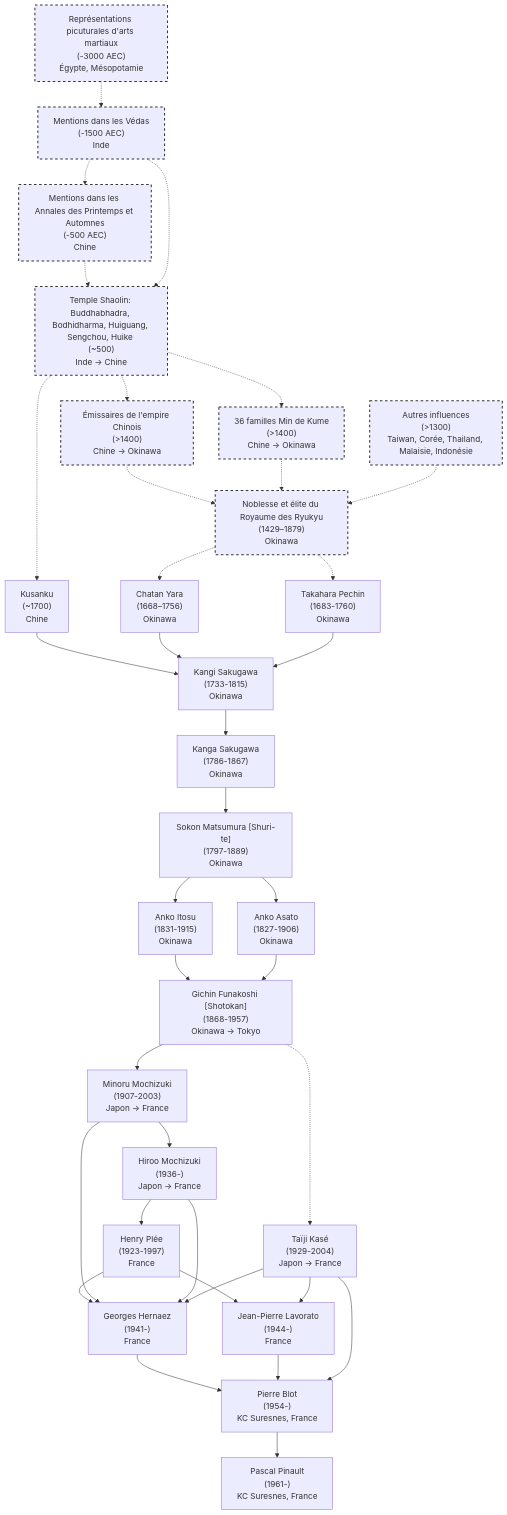
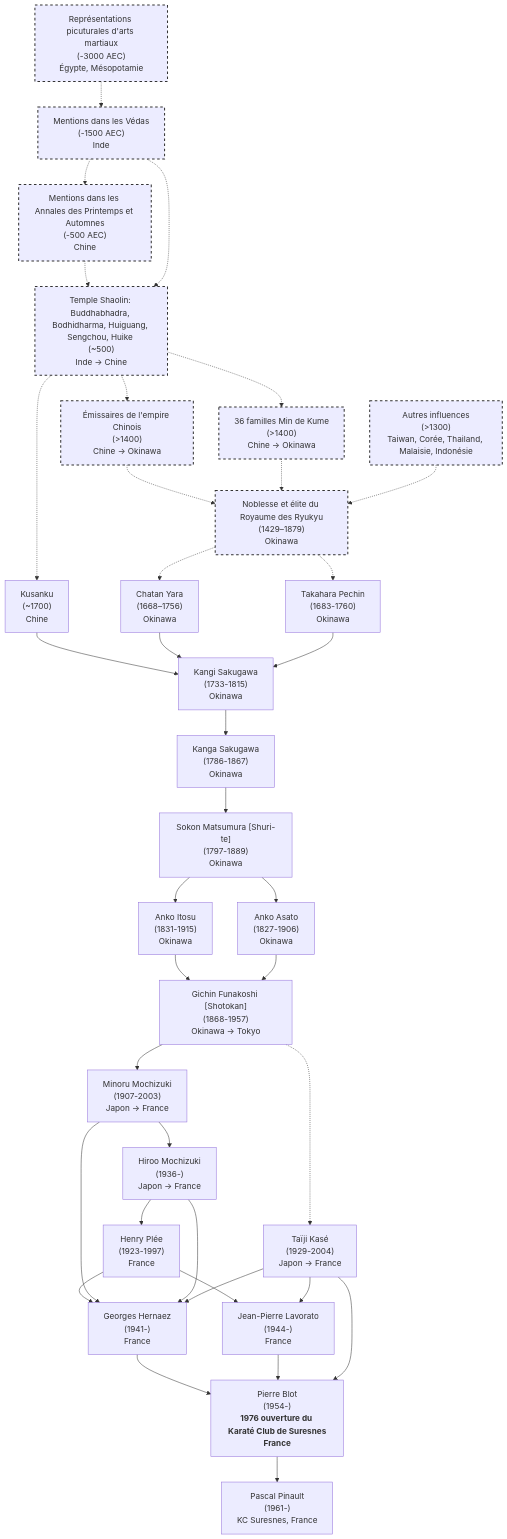
Before and after one commit to NicolasPA/kcsuresnes: the diagram in pages/lignee.md, drawn with Mermaid.

Commit message:
Update description for Pierre Blot in lignee.md

````diff
--- a/pages/lignee.md
+++ b/pages/lignee.md
@@ -3,49 +3,49 @@
 ```mermaid
 graph TD
     A01["Représentations picuturales d'arts martiaux<br/>(-3000 AEC)<br/>Égypte, Mésopotamie"]
     -.-> A02["Mentions dans les Védas<br/>(-1500 AEC)<br/>Inde"]
     -.-> A03["Mentions dans les Annales des Printemps et Automnes<br/>(-500 AEC)<br/>Chine"]
     -.-> A04["Temple Shaolin: Buddhabhadra, Bodhidharma, Huiguang, Sengchou, Huike <br/>(~500)<br/>Inde → Chine"]
     A02 -.-> A04
 
     -.-> A05["36 familles Min de Kume<br/>(>1400)<br/>Chine → Okinawa"]
     A04 -.-> A06["Émissaires de l'empire Chinois<br/>(>1400)<br/>Chine → Okinawa"]
     -.-> A07["Noblesse et élite du Royaume des Ryukyu<br/>(1429–1879)<br/>Okinawa"]
     A05 -.-> A07
     A08["Autres influences<br/>(>1300)<br/>Taiwan, Corée, Thailand, Malaisie, Indonésie"]
     A08 -.-> A07
 
     A04 -.-> A1["Kusanku<br/>(~1700)<br/>Chine"]
     A2["Chatan Yara<br/>(1668–1756)<br/>Okinawa"]
     A07 -.-> A2
     A3["Takahara Pechin<br/>(1683-1760)<br/>Okinawa"]
     A07 -.-> A3
     B1["Kangi Sakugawa<br/>(1733-1815)<br/>Okinawa"]
     A1 --> B1
     A2 --> B1
     A3 --> B1
     --> B2["Kanga Sakugawa<br/>(1786-1867)<br/>Okinawa"]
     --> C["Sokon Matsumura [Shuri-te]<br/>(1797-1889)<br/>Okinawa"]
     --> D["Anko Itosu<br/>(1831-1915)<br/>Okinawa"]
     C --> E["Anko Asato<br/>(1827-1906)<br/>Okinawa"]
     D --> F["Gichin Funakoshi [Shotokan]<br/>(1868-1957)<br/>Okinawa → Tokyo"]
     E --> F
     --> G["Minoru Mochizuki<br/>(1907-2003)<br/>Japon → France"]
     --> H["Hiroo Mochizuki<br/>(1936-)<br/>Japon → France"]
     --> I["Henry Plée<br/>(1923-1997)<br/>France"]
     J["Taïji Kasé<br/>(1929-2004)<br/>Japon → France"]
     F -.-> J
     I --> K["Jean-Pierre Lavorato<br/>(1944-)<br/>France"]
     J --> K
     I --> L["Georges Hernaez<br/>(1941-)<br/>France"]
     G --> L
     H --> L
     J --> L
-    L --> M["Pierre Blot<br/>(1954-)<br/>KC Suresnes, France"]
+    L --> M["Pierre Blot<br/>(1954-)<br/><b>1976 ouverture du Karaté Club de Suresnes<b/><br/>France"]
     K --> M
     J --> M
     M --> N["Pascal Pinault<br/>(1961-)<br/>KC Suresnes, France"]
     
     classDef dottedStyle stroke:#333,stroke-dasharray: 5 5,stroke-width:2px
     class A01,A02,A03,A04,A05,A06,A07,A08 dottedStyle
 ```
````
